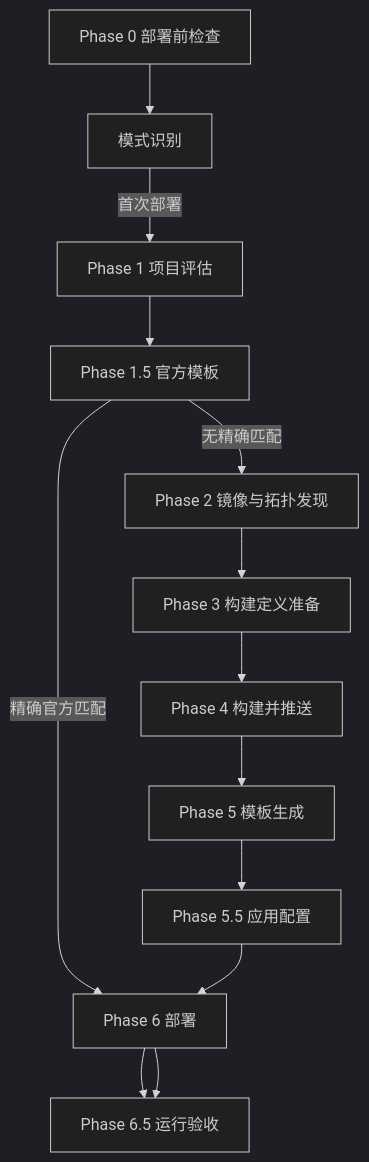
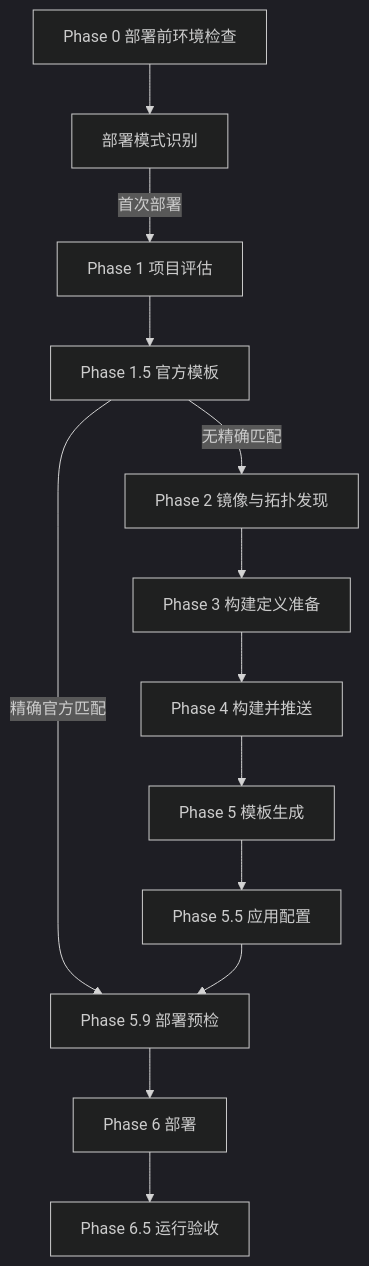
Before and after one commit to Che-Zhu/sealos-skills-doc: the diagram in pipeline/overview.mdx, drawn with Mermaid (dark theme). The commit also changed other lines of this file and 11 other files, not shown here.

````diff
--- a/pipeline/overview.mdx
+++ b/pipeline/overview.mdx
@@ -29,22 +29,22 @@
 ```mermaid
 flowchart TD
-  P0[Phase 0 部署前检查]
-  MD[模式识别]
+  P0[Phase 0 部署前环境检查]
+  MD[部署模式识别]
   P1[Phase 1 项目评估]
   P15[Phase 1.5 官方模板]
   P2[Phase 2 镜像与拓扑发现]
   P3[Phase 3 构建定义准备]
   P4[Phase 4 构建并推送]
   P5[Phase 5 模板生成]
   P55[Phase 5.5 应用配置]
+  P59[Phase 5.9 部署预检]
   P6[Phase 6 部署]
   P65[Phase 6.5 运行验收]
 
   P0 --> MD
   MD -->|首次部署| P1
   P1 --> P15
-  P15 -->|精确官方匹配| P6
+  P15 -->|精确官方匹配| P59
   P15 -->|无精确匹配| P2
-  P2 --> P3 --> P4 --> P5 --> P55 --> P6 --> P65
-  P6 --> P65
+  P2 --> P3 --> P4 --> P5 --> P55 --> P59 --> P6 --> P65
 ```
````
